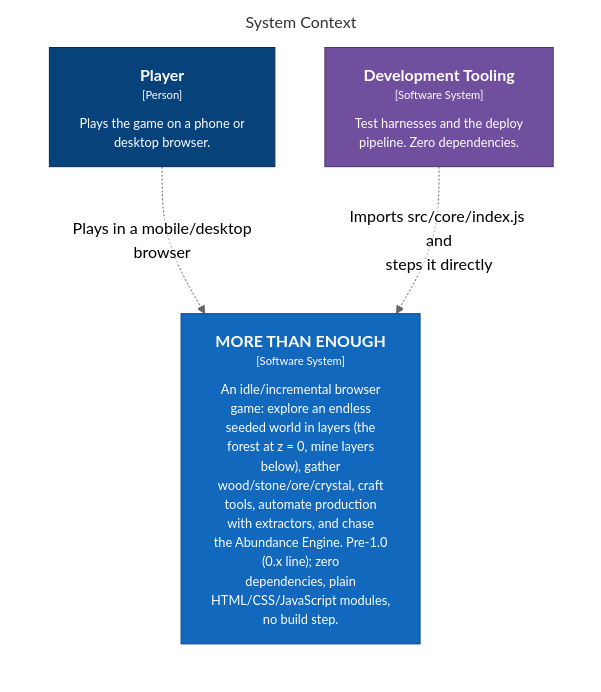
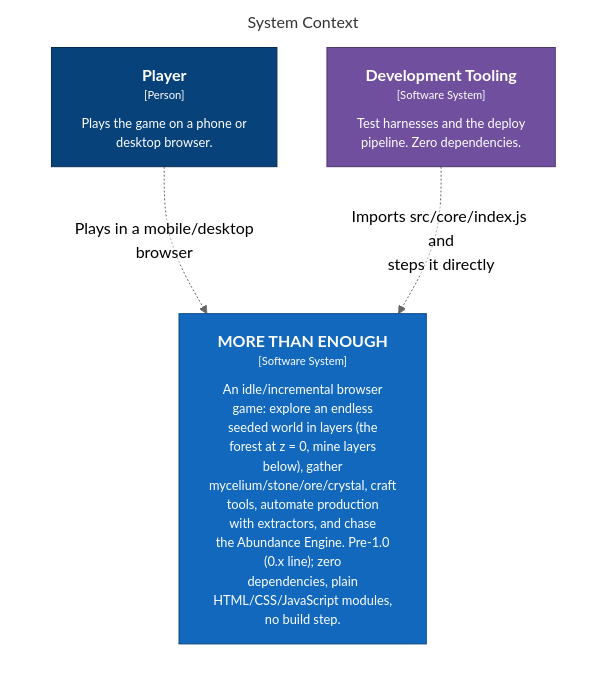
One commit to bitkojine/more-than-enough changed the diagram in structurizr/diagrams/SystemContext.mmd. Above: the diagram before and after it, drawn with Mermaid (neutral theme). The commit also changed 75 other files, not shown here.

First line of the commit message:
v0.42.0: no more cutting down trees; forests yield foraged mycelium instead of wood

```diff
--- a/structurizr/diagrams/SystemContext.mmd
+++ b/structurizr/diagrams/SystemContext.mmd
@@ -1,18 +1,18 @@
 %% Generated from structurizr/workspace.dsl — do not edit; run: node structurizr/scripts/structurizr.mjs mermaid
 graph LR
   linkStyle default fill:#ffffff
 
   subgraph diagram ["System Context"]
     style diagram fill:#ffffff,stroke:#ffffff
 
     1["<div style='font-weight: bold'>Player</div><div style='font-size: 70%; margin-top: 0px'>[Person]</div><div style='font-size: 80%; margin-top:10px'>Plays the game on a phone or<br />desktop browser.</div>"]
     style 1 fill:#08427b,stroke:#052e56,color:#ffffff
     26["<div style='font-weight: bold'>Development Tooling</div><div style='font-size: 70%; margin-top: 0px'>[Software System]</div><div style='font-size: 80%; margin-top:10px'>Test harnesses and the deploy<br />pipeline. Zero dependencies.</div>"]
     style 26 fill:#6f4f9e,stroke:#4d376e,color:#ffffff
-    3["<div style='font-weight: bold'>MORE THAN ENOUGH</div><div style='font-size: 70%; margin-top: 0px'>[Software System]</div><div style='font-size: 80%; margin-top:10px'>An idle/incremental browser<br />game: explore an endless<br />seeded world in layers (the<br />forest at z = 0, mine layers<br />below), gather<br />wood/stone/ore/crystal, craft<br />tools, automate production<br />with extractors, and chase<br />the Abundance Engine. Pre-1.0<br />(0.x line); zero<br />dependencies, plain<br />HTML/CSS/JavaScript modules,<br />no build step.</div>"]
+    3["<div style='font-weight: bold'>MORE THAN ENOUGH</div><div style='font-size: 70%; margin-top: 0px'>[Software System]</div><div style='font-size: 80%; margin-top:10px'>An idle/incremental browser<br />game: explore an endless<br />seeded world in layers (the<br />forest at z = 0, mine layers<br />below), gather<br />mycelium/stone/ore/crystal, craft<br />tools, automate production<br />with extractors, and chase<br />the Abundance Engine. Pre-1.0<br />(0.x line); zero<br />dependencies, plain<br />HTML/CSS/JavaScript modules,<br />no build step.</div>"]
     style 3 fill:#1168bd,stroke:#0b4884,color:#ffffff
 
     1-. "<div>Plays in a mobile/desktop<br />browser</div><div style='font-size: 70%'></div>" .->3
     26-. "<div>Imports src/core/index.js and<br />steps it directly</div><div style='font-size: 70%'></div>" .->3
 
   end
```
